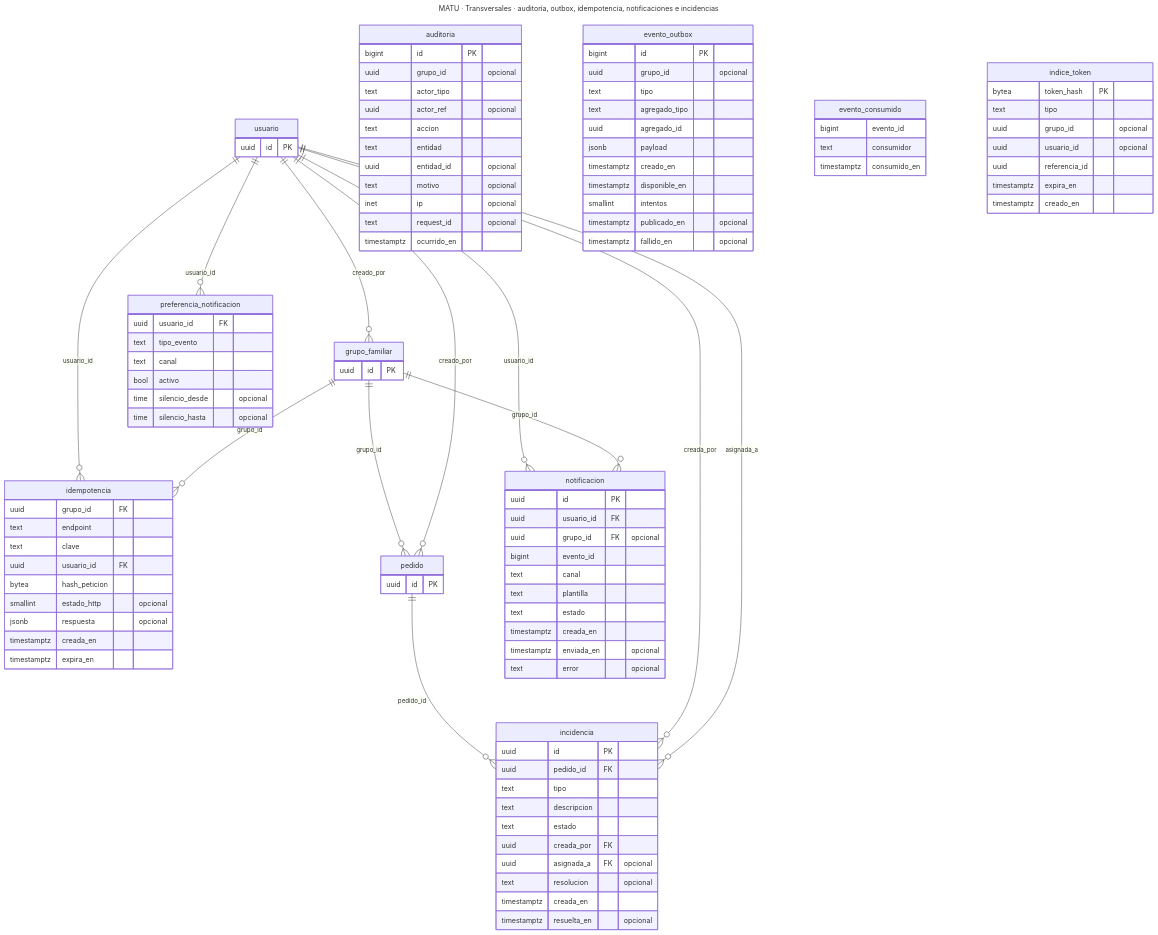
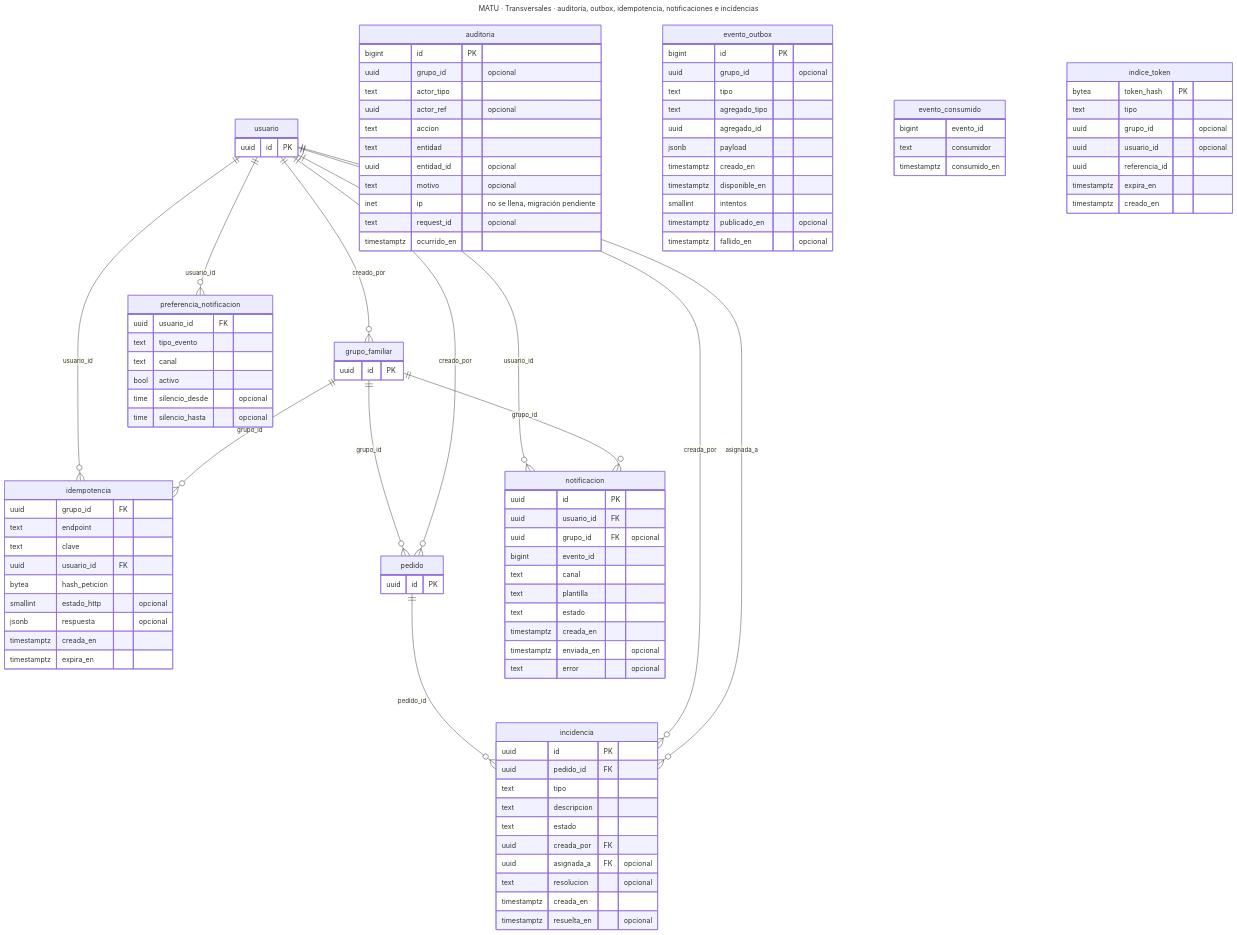
One commit to MartinHenriquez131/MATU changed the ninth of 11 diagrams in docs/modelo-datos.md. Above: the diagram before and after it, drawn with Mermaid. The commit also changed other lines of this file and 1 other file, not shown here.

```diff
--- a/docs/modelo-datos.md
+++ b/docs/modelo-datos.md
@@ -873,7 +873,7 @@
         text entidad
         uuid entidad_id "opcional"
         text motivo "opcional"
-        inet ip "opcional"
+        inet ip "no se llena, migración pendiente"
         text request_id "opcional"
         timestamptz ocurrido_en
     }
```
